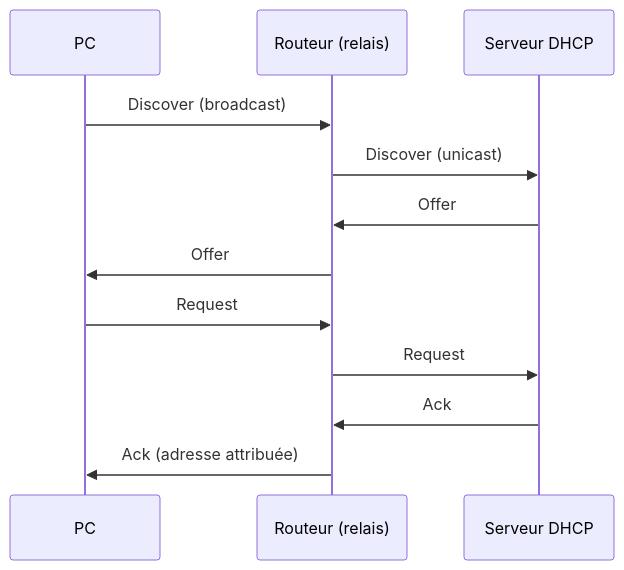
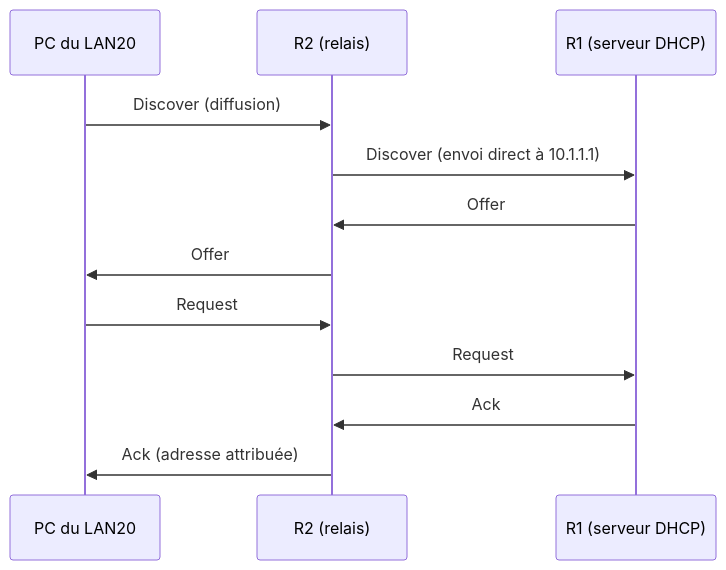
One commit to EvanBienvenu/dhcp-relais-centralise changed the second of 2 diagrams in README.md. Above: the diagram before and after it, drawn with Mermaid. The commit also changed other lines of this file, not shown here.

````diff
--- a/README.md
+++ b/README.md
@@ -56,14 +91,14 @@
 ```mermaid
 sequenceDiagram
-    participant PC
-    participant Routeur as Routeur (relais)
-    participant Serveur as Serveur DHCP
-    PC->>Routeur: Discover (broadcast)
-    Routeur->>Serveur: Discover (unicast)
-    Serveur->>Routeur: Offer
-    Routeur->>PC: Offer
-    PC->>Routeur: Request
-    Routeur->>Serveur: Request
-    Serveur->>Routeur: Ack
-    Routeur->>PC: Ack (adresse attribuée)
+    participant PC as PC du LAN20
+    participant R2 as R2 (relais)
+    participant R1 as R1 (serveur DHCP)
+    PC->>R2: Discover (diffusion)
+    R2->>R1: Discover (envoi direct à 10.1.1.1)
+    R1->>R2: Offer
+    R2->>PC: Offer
+    PC->>R2: Request
+    R2->>R1: Request
+    R1->>R2: Ack
+    R2->>PC: Ack (adresse attribuée)
 ```
````
